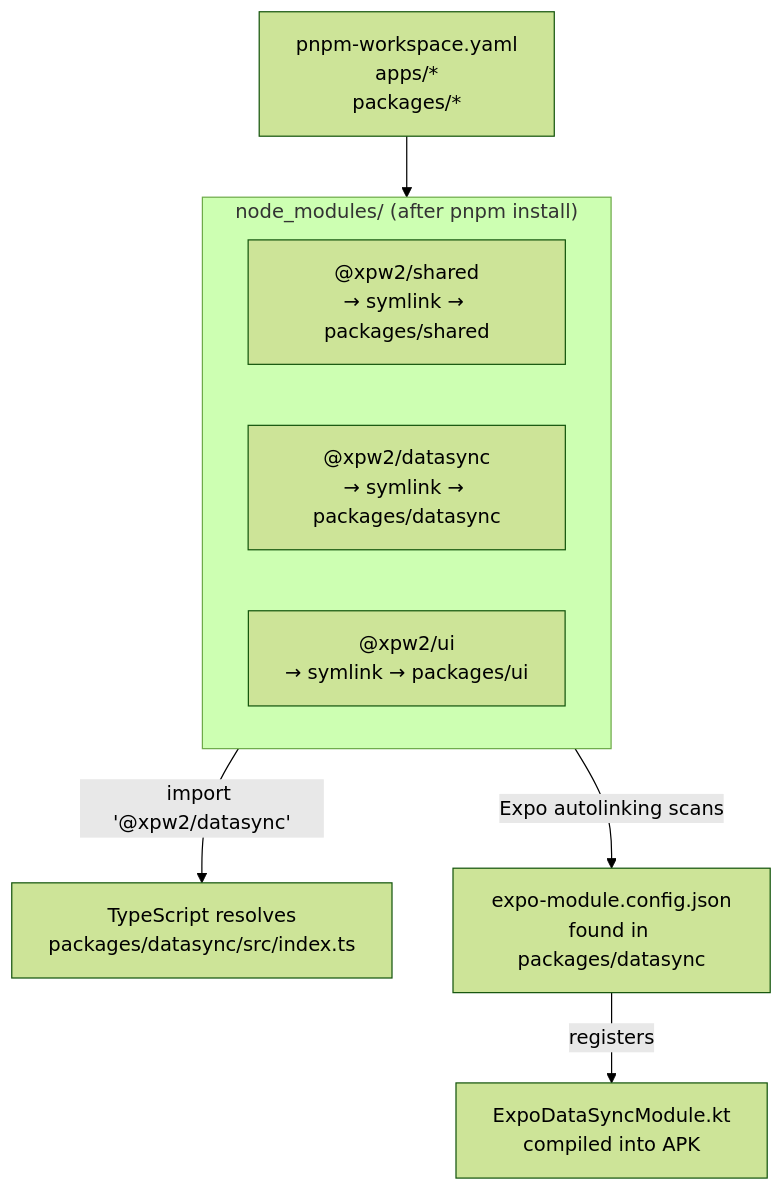
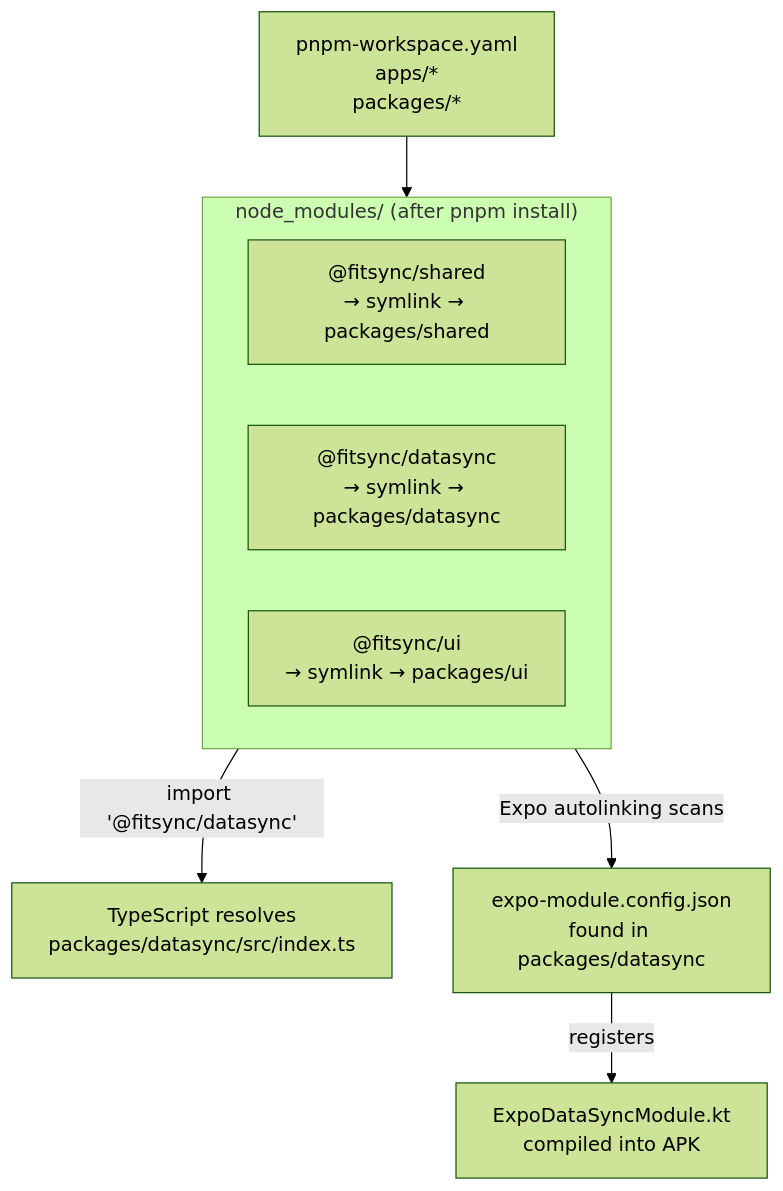
Before and after one commit to vohoangvietuit/ReactNativeExpoRoom: the fifth of 16 diagrams in docs/GUIDE.md, drawn with Mermaid (forest theme). The commit also changed other lines of this file and 73 other files, not shown here.

````diff
--- a/docs/GUIDE.md
+++ b/docs/GUIDE.md
@@ -297,16 +297,16 @@
 ```mermaid
 flowchart TD
     WS["pnpm-workspace.yaml\napps/*\npackages/*"]
 
     WS --> NM
 
     subgraph NM["node_modules/ (after pnpm install)"]
-        L1["@xpw2/shared\n→ symlink → packages/shared"]
-        L2["@xpw2/datasync\n→ symlink → packages/datasync"]
-        L3["@xpw2/ui\n→ symlink → packages/ui"]
+        L1["@fitsync/shared\n→ symlink → packages/shared"]
+        L2["@fitsync/datasync\n→ symlink → packages/datasync"]
+        L3["@fitsync/ui\n→ symlink → packages/ui"]
     end
 
-    NM -->|import '@xpw2/datasync'| TS["TypeScript resolves\npackages/datasync/src/index.ts"]
+    NM -->|import '@fitsync/datasync'| TS["TypeScript resolves\npackages/datasync/src/index.ts"]
     NM -->|Expo autolinking scans| AL["expo-module.config.json\nfound in packages/datasync"]
     AL -->|registers| KT["ExpoDataSyncModule.kt\ncompiled into APK"]
 ```
````
